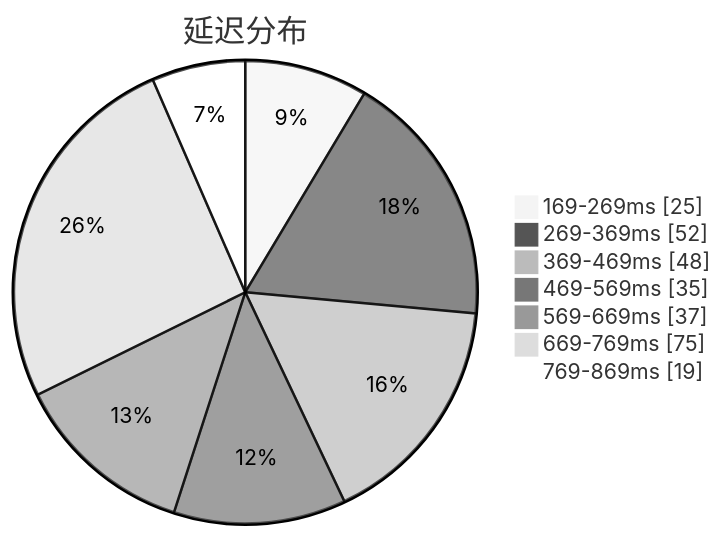
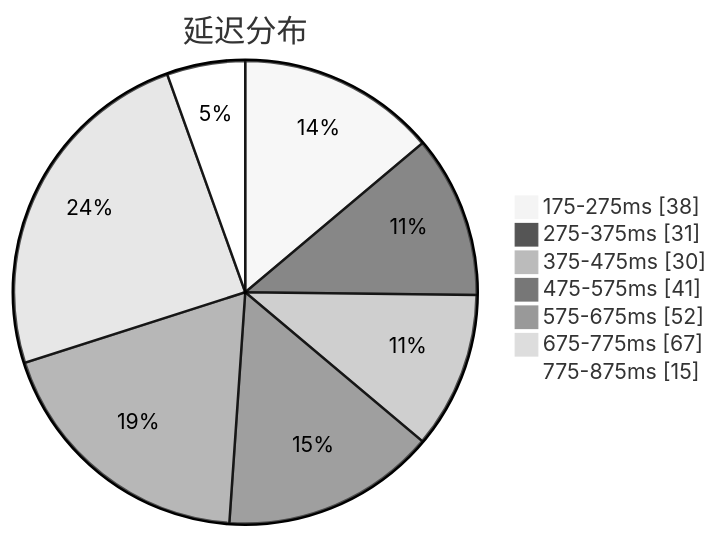
The first of 3 diagrams in subs/statistics/tested_within.md (qjlxg/airport), drawn with Mermaid (neutral theme) before and after one commit. The commit also changed other lines of this file and 2 other files, not shown here.

Commit message:
Tested by metaST

````diff
--- a/subs/statistics/tested_within.md
+++ b/subs/statistics/tested_within.md
@@ -2,11 +2,11 @@
 ```mermaid
 pie showData
 title 延迟分布
-"169-269ms" : 25
-"269-369ms" : 52
-"369-469ms" : 48
-"469-569ms" : 35
-"569-669ms" : 37
-"669-769ms" : 75
-"769-869ms" : 19
+"175-275ms" : 38
+"275-375ms" : 31
+"375-475ms" : 30
+"475-575ms" : 41
+"575-675ms" : 52
+"675-775ms" : 67
+"775-875ms" : 15
 ```
````
